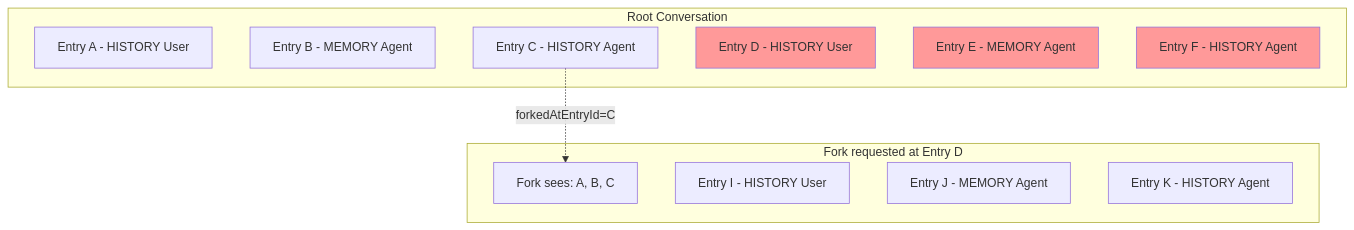
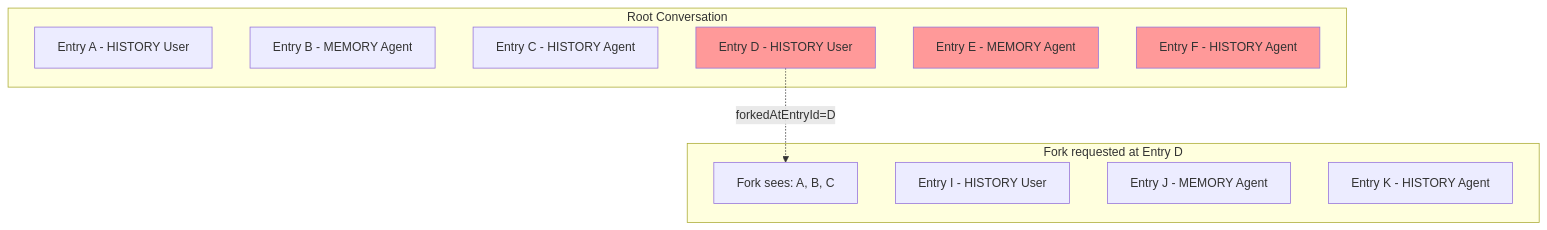
The seventh of 15 diagrams in docs/entry-data-model.md (chirino/memory-service), drawn with Mermaid before and after one commit. The commit also changed other lines of this file and 19 other files, not shown here.

````diff
--- a/docs/entry-data-model.md
+++ b/docs/entry-data-model.md
@@ -251,24 +251,24 @@
 ```mermaid
 flowchart TB
     subgraph "Root Conversation"
         A[Entry A - HISTORY User]
         B[Entry B - MEMORY Agent]
         C[Entry C - HISTORY Agent]
         D[Entry D - HISTORY User]
         E[Entry E - MEMORY Agent]
         F[Entry F - HISTORY Agent]
     end
 
     subgraph "Fork requested at Entry D"
         FA[Fork sees: A, B, C]
         FI[Entry I - HISTORY User]
         FJ[Entry J - MEMORY Agent]
         FK[Entry K - HISTORY Agent]
     end
 
-    C -.->|forkedAtEntryId=C| FA
+    D -.->|forkedAtEntryId=D| FA
 
     style D fill:#ff9999
     style E fill:#ff9999
     style F fill:#ff9999
 ```
````
